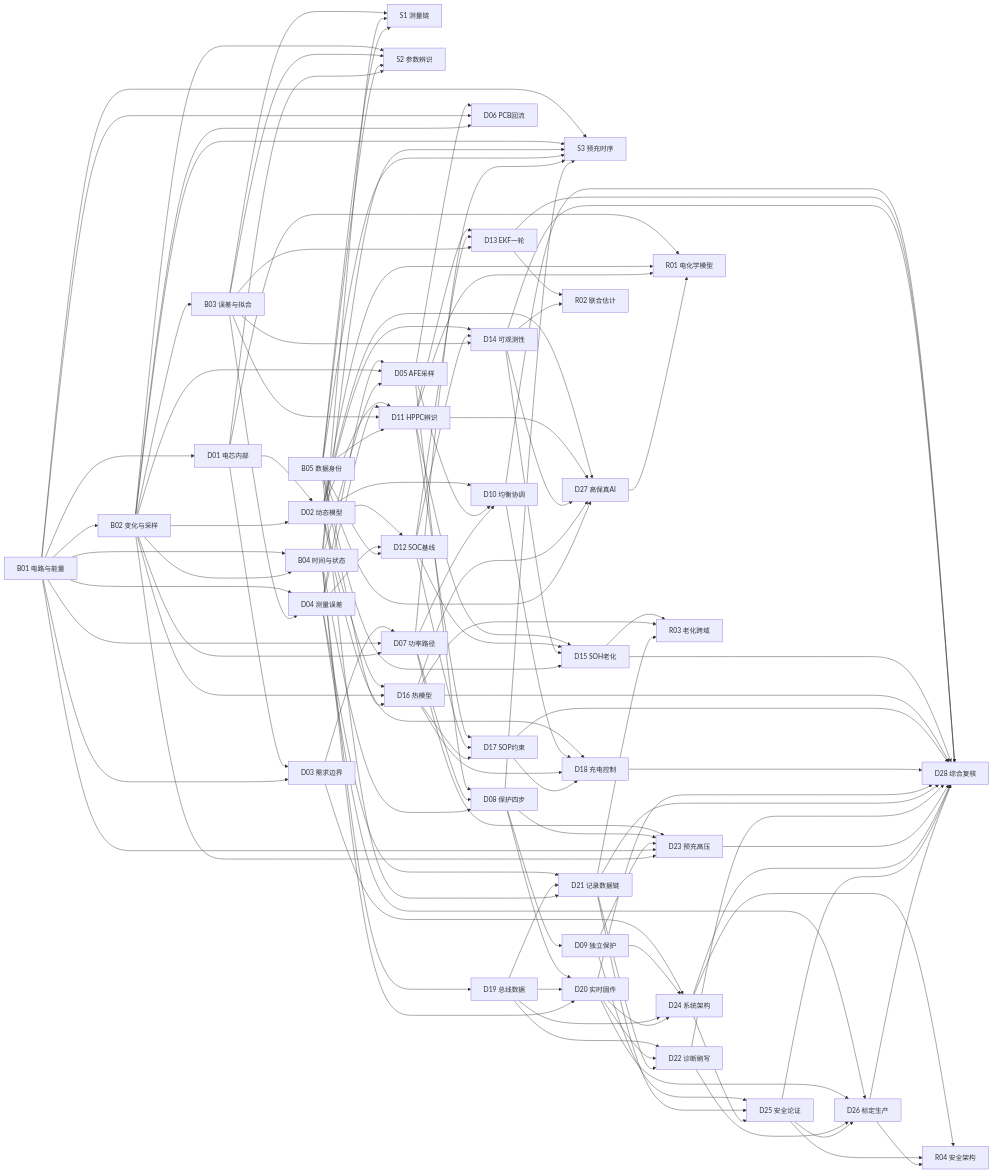
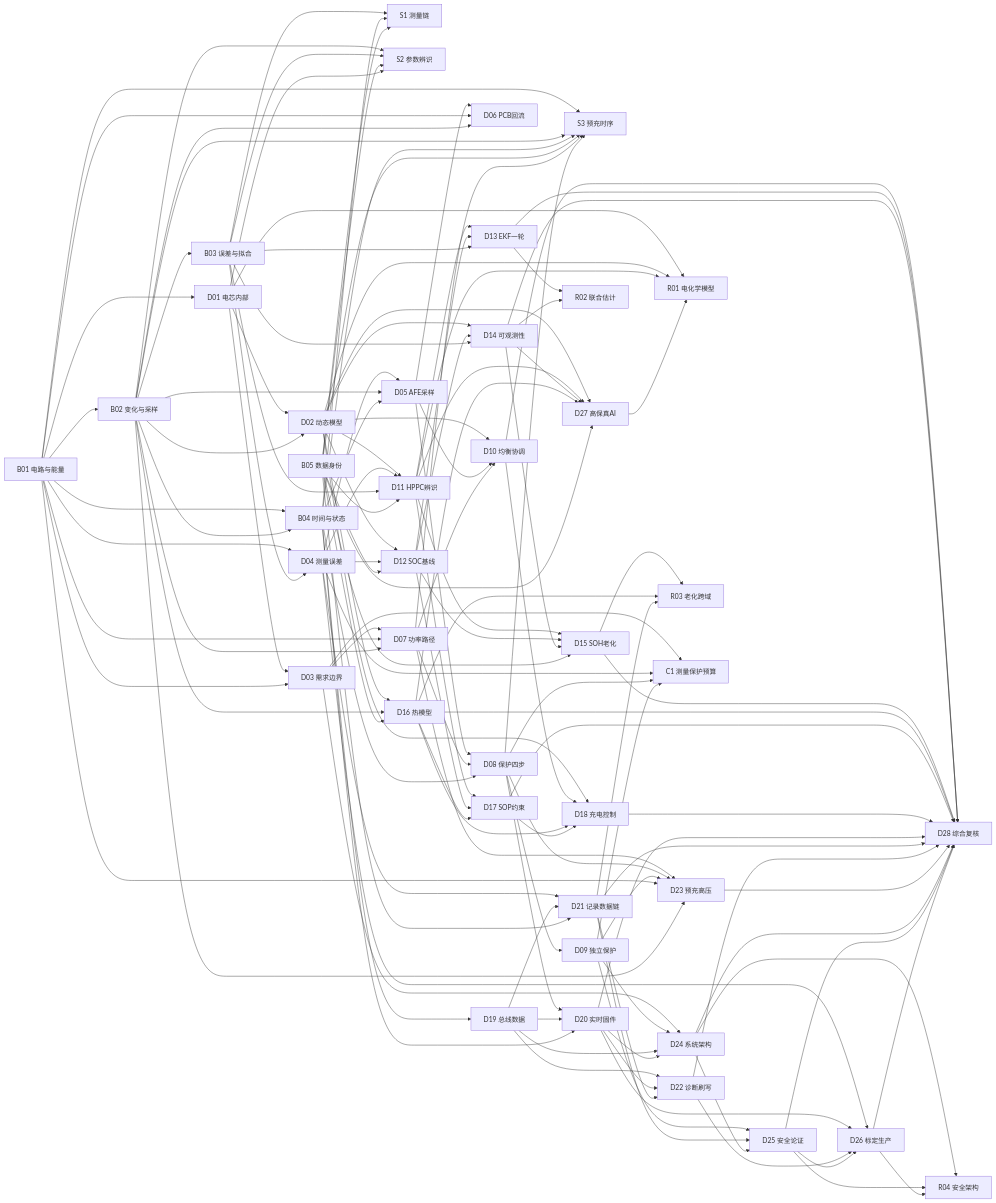
The diagram in bms-book/engineering/P1-先修最小包.md (zhuguang-ZFG/BMS-Z), drawn with Mermaid before and after one commit. The commit also changed 40 other files, not shown here.

````diff
--- a/bms-book/engineering/P1-先修最小包.md
+++ b/bms-book/engineering/P1-先修最小包.md
@@ -169,4 +169,8 @@
   D24 --> R04[R04 安全架构]
   D25 --> R04
   D26 --> R04
+  D03 --> C1[C1 测量保护预算]
+  D04 --> C1
+  D08 --> C1
+  D09 --> C1
 ```
````
